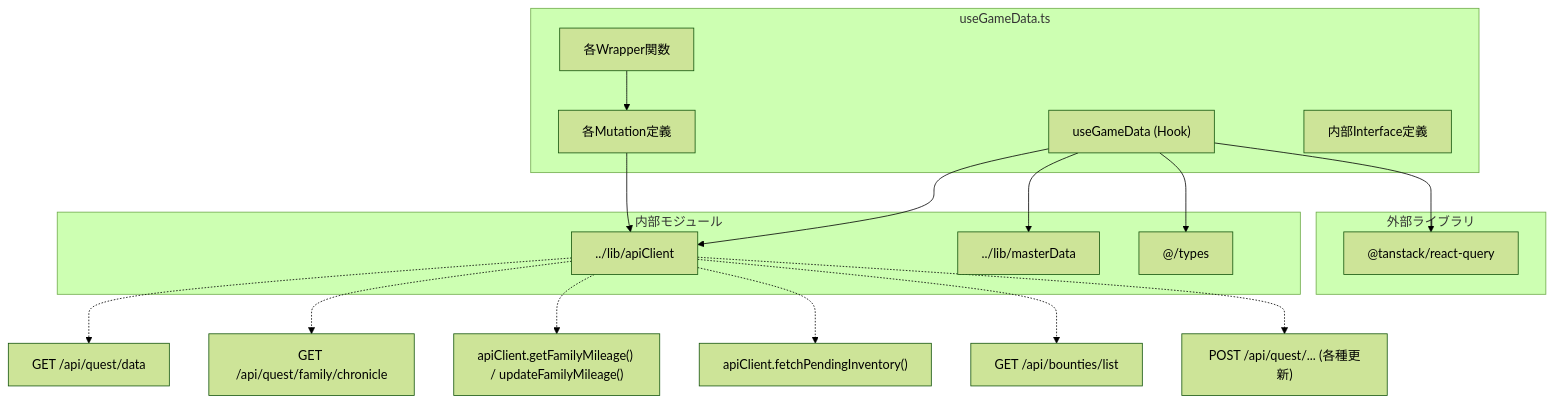
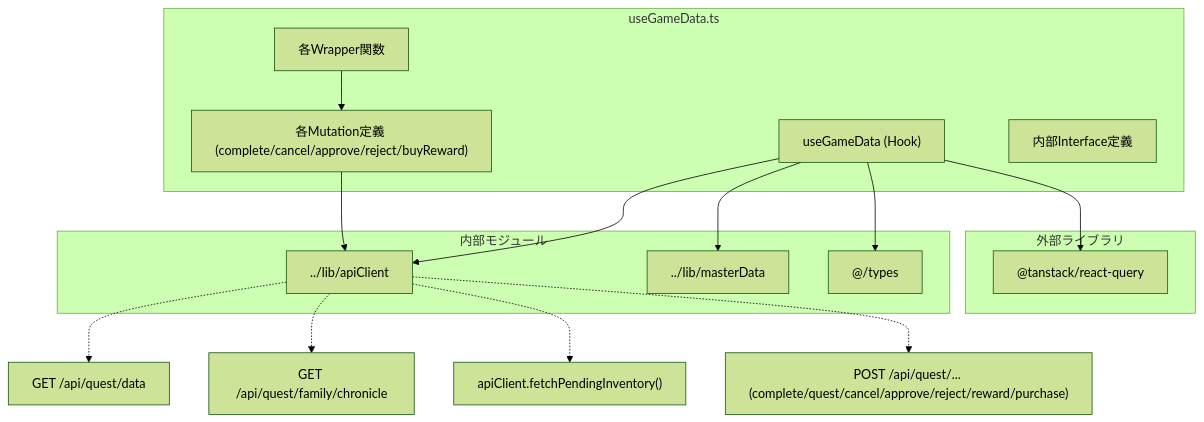
One commit to mmtigers/my_python_project changed the second of 2 diagrams in docs/specifications/family-quest/src/hooks/useGameData.md. Above: the diagram before and after it, drawn with Mermaid (forest theme). The commit also changed other lines of this file and 9 other files, not shown here.

````diff
--- a/docs/specifications/family-quest/src/hooks/useGameData.md
+++ b/docs/specifications/family-quest/src/hooks/useGameData.md
@@ -350,34 +263,32 @@
 ```mermaid
 graph TD
     subgraph "useGameData.ts"
         Hook_useGameData["useGameData (Hook)"]
-        Mutations["各Mutation定義"]
+        Mutations["各Mutation定義 (complete/cancel/approve/reject/buyReward)"]
         Wrappers["各Wrapper関数"]
         Types["内部Interface定義"]
     end
 
     subgraph "外部ライブラリ"
         ReactQuery["@tanstack/react-query"]
     end
 
     subgraph "内部モジュール"
         APIClient["../lib/apiClient"]
         MasterData["../lib/masterData"]
         AppTypes["@/types"]
     end
 
     Hook_useGameData --> ReactQuery
     Hook_useGameData --> APIClient
     Hook_useGameData --> MasterData
     Hook_useGameData --> AppTypes
     Mutations --> APIClient
     Wrappers --> Mutations
 
     APIClient -.-> Endpoint_Data["GET /api/quest/data"]
     APIClient -.-> Endpoint_Chronicle["GET /api/quest/family/chronicle"]
-    APIClient -.-> Endpoint_FamilyMileage["apiClient.getFamilyMileage() / updateFamilyMileage()"]
     APIClient -.-> Endpoint_Pending["apiClient.fetchPendingInventory()"]
-    APIClient -.-> Endpoint_Bounties["GET /api/bounties/list"]
-    APIClient -.-> Endpoint_Mutations["POST /api/quest/... (各種更新)"]
+    APIClient -.-> Endpoint_Mutations["POST /api/quest/... (complete/quest/cancel/approve/reject/reward/purchase)"]
 
 ```
````
